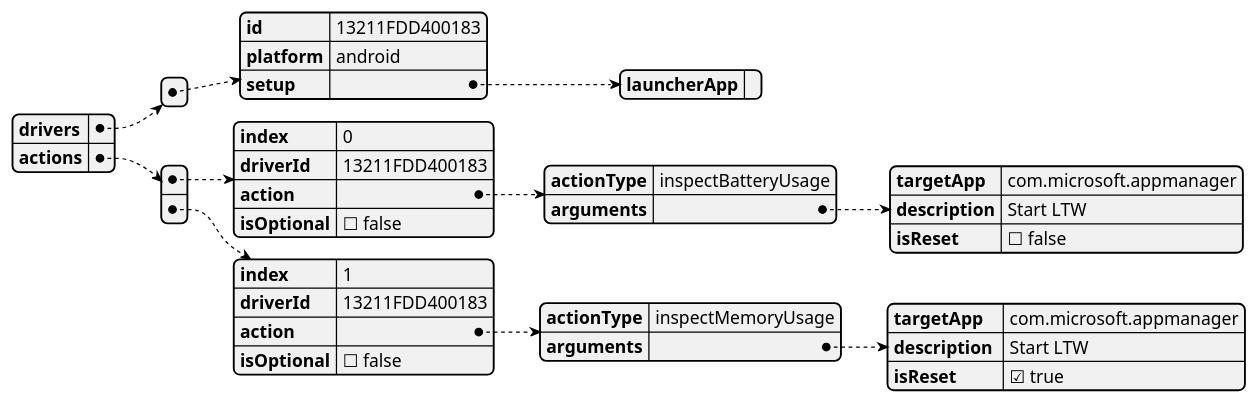
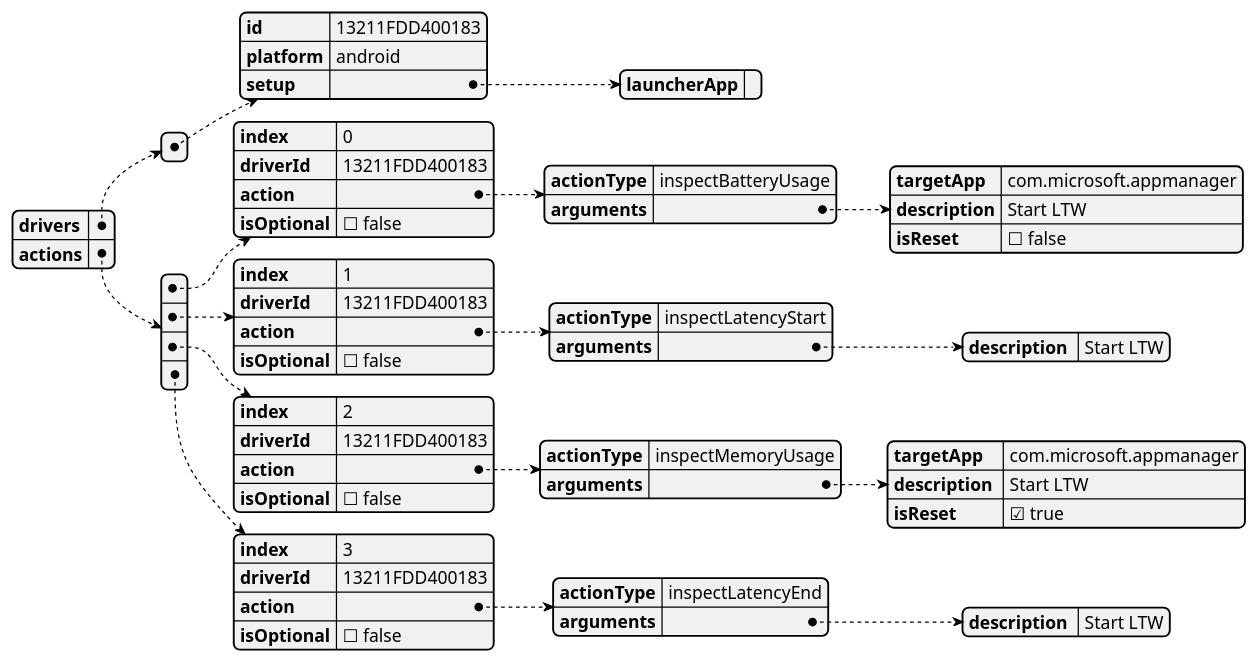
The second of 5 diagrams in agent/doc/UML/performance_test_design.puml (microsoft/HydraLab), drawn with PlantUML before and after one commit. The commit also changed other lines of this file and 11 other files, not shown here.

```diff
--- a/agent/doc/UML/performance_test_design.puml
+++ b/agent/doc/UML/performance_test_design.puml
@@ -19,44 +19,66 @@
 @startjson taps_to_cases_json_with_performance_test_actions
 {
   "drivers": [
     {
       "id": "13211FDD400183",
       "platform": "android",
 '      Deprecated Name : init
       "setup": {
         "launcherApp": ""
       }
 '      Can also add tearDown here to match the device action design
     }
   ],
 '  deprecated name: cases
   "actions": [
     {
       "index": 0,
       "driverId": "13211FDD400183",
       "action": {
         "actionType": "inspectBatteryUsage",
         "arguments": {
           "targetApp": "com.microsoft.appmanager",
           "description": "Start LTW",
           "isReset": false
         }
       },
       "isOptional": false
     },
     {
       "index": 1,
       "driverId": "13211FDD400183",
       "action": {
+        "actionType": "inspectLatencyStart",
+        "arguments": {
+          "description ": "Start LTW"
+        }
+      },
+      "isOptional": false
+    },
+    {
+      "index": 2,
+      "driverId": "13211FDD400183",
+      "action": {
         "actionType": "inspectMemoryUsage",
         "arguments": {
           "targetApp ": "com.microsoft.appmanager",
           "description ": "Start LTW",
           "isReset": true
         }
       },
       "isOptional": false
+    },
+    {
+      "index": 3,
+      "driverId": "13211FDD400183",
+      "action": {
+        "actionType": "inspectLatencyEnd",
+        "arguments": {
+          "description ": "Start LTW"
+        }
+      },
+      "isOptional": false
     }
   ]
 }
 @endjson
```
